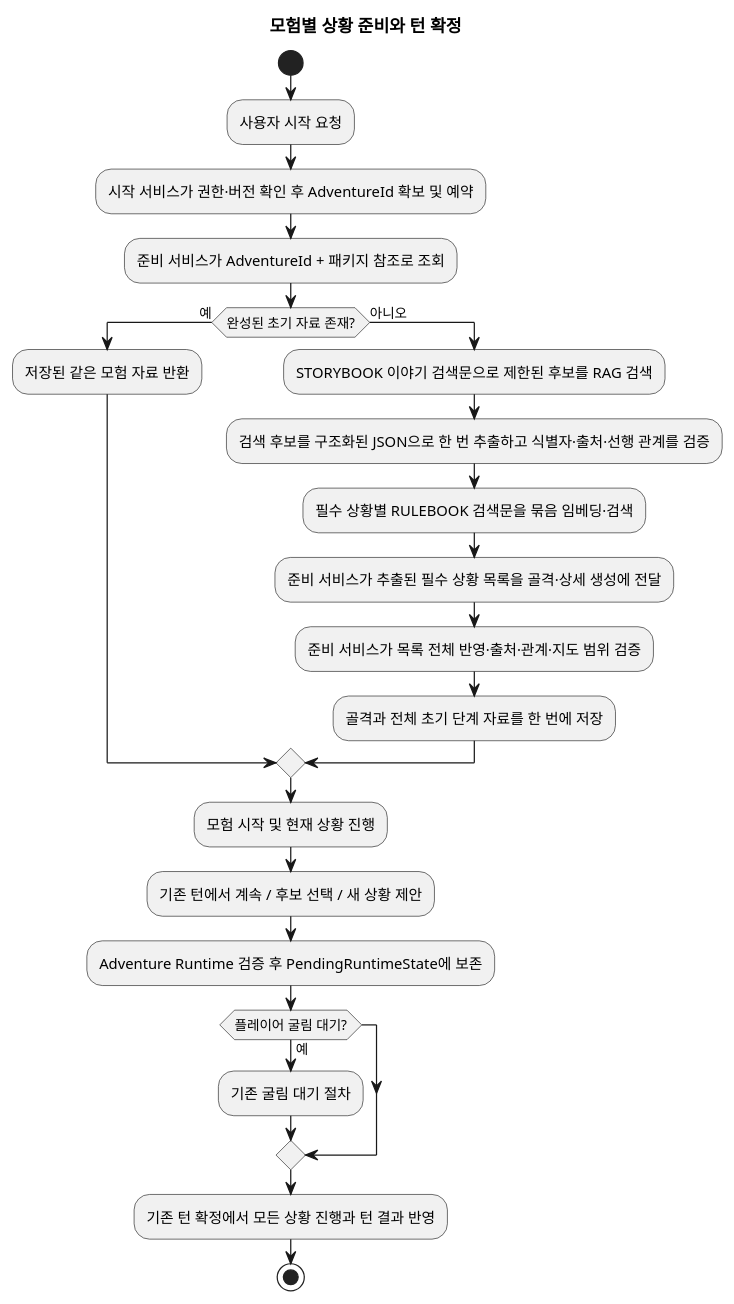
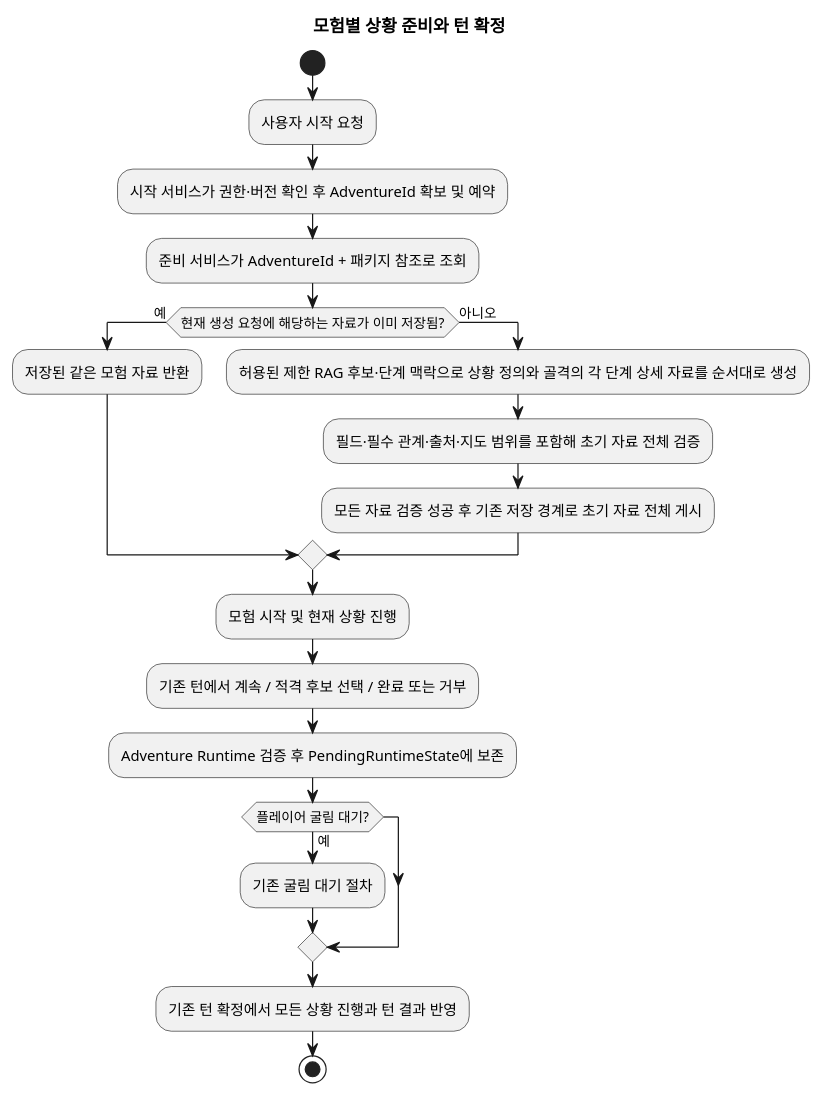
The diagram in docs/specs/scenario-situation-candidates/architecture-spec.md (omegafrog/dnd-master), drawn with PlantUML before and after one commit. The commit also changed other lines of this file and 278 other files, not shown here.

Commit message:
feat: strengthen adventure preparation and runtime flow

````diff
--- a/docs/specs/scenario-situation-candidates/architecture-spec.md
+++ b/docs/specs/scenario-situation-candidates/architecture-spec.md
@@ -37,27 +42,24 @@
 ```plantuml
 @startuml
  title 모험별 상황 준비와 턴 확정
  start
  :사용자 시작 요청;
  :시작 서비스가 권한·버전 확인 후 AdventureId 확보 및 예약;
  :준비 서비스가 AdventureId + 패키지 참조로 조회;
- if (완성된 초기 자료 존재?) then (예)
+ if (현재 생성 요청에 해당하는 자료가 이미 저장됨?) then (예)
    :저장된 같은 모험 자료 반환;
  else (아니오)
-   :STORYBOOK 이야기 검색문으로 제한된 후보를 RAG 검색;
-   :검색 후보를 구조화된 JSON으로 한 번 추출하고 식별자·출처·선행 관계를 검증;
-   :필수 상황별 RULEBOOK 검색문을 묶음 임베딩·검색;
-   :준비 서비스가 추출된 필수 상황 목록을 골격·상세 생성에 전달;
-   :준비 서비스가 목록 전체 반영·출처·관계·지도 범위 검증;
-   :골격과 전체 초기 단계 자료를 한 번에 저장;
+   :허용된 제한 RAG 후보·단계 맥락으로 상황 정의와 골격의 각 단계 상세 자료를 순서대로 생성;
+   :필드·필수 관계·출처·지도 범위를 포함해 초기 자료 전체 검증;
+   :모든 자료 검증 성공 후 기존 저장 경계로 초기 자료 전체 게시;
  endif
  :모험 시작 및 현재 상황 진행;
- :기존 턴에서 계속 / 후보 선택 / 새 상황 제안;
+ :기존 턴에서 계속 / 적격 후보 선택 / 완료 또는 거부;
  :Adventure Runtime 검증 후 PendingRuntimeState에 보존;
  if (플레이어 굴림 대기?) then (예)
    :기존 굴림 대기 절차;
  endif
  :기존 턴 확정에서 모든 상황 진행과 턴 결과 반영;
  stop
 @enduml
 ```
````
